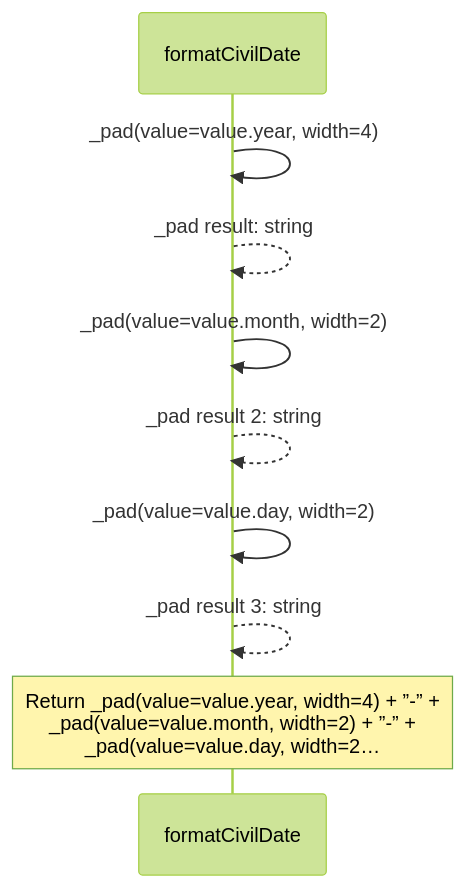
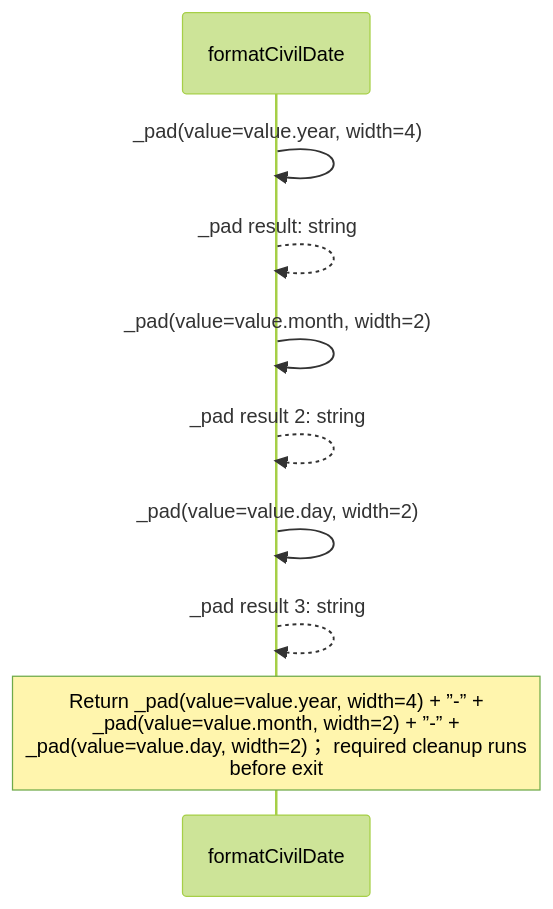
One commit to GreenPandaStudios/augscript changed the sixth of 8 diagrams in src/stdlib/values/dates.aug.diagrams.md. Above: the diagram before and after it, drawn with Mermaid (forest theme). The commit also changed other lines of this file and 658 other files, not shown here.

````diff
--- a/src/stdlib/values/dates.aug.diagrams.md
+++ b/src/stdlib/values/dates.aug.diagrams.md
@@ -149,12 +169,12 @@
 ```mermaid
 sequenceDiagram
     participant p0 as formatCivilDate
 
     p0->>p0: _pad(value=value.year, width=4)
     p0-->>p0: _pad result: string
     p0->>p0: _pad(value=value.month, width=2)
     p0-->>p0: _pad result 2: string
     p0->>p0: _pad(value=value.day, width=2)
     p0-->>p0: _pad result 3: string
-    Note over p0: Return _pad(value=value.year, width=4) + ”-” +<br/>_pad(value=value.month, width=2) + ”-” +<br/>_pad(value=value.day, width=2…
+    Note over p0: Return _pad(value=value.year, width=4) + ”-” +<br/>_pad(value=value.month, width=2) + ”-” +<br/>_pad(value=value.day, width=2)； required cleanup runs<br/>before exit
 ```
````
